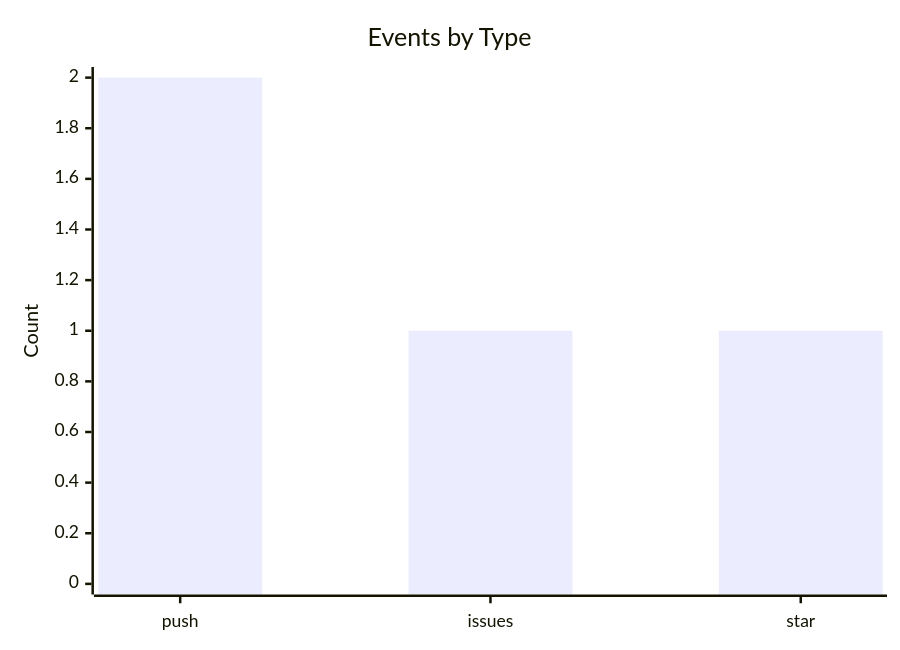
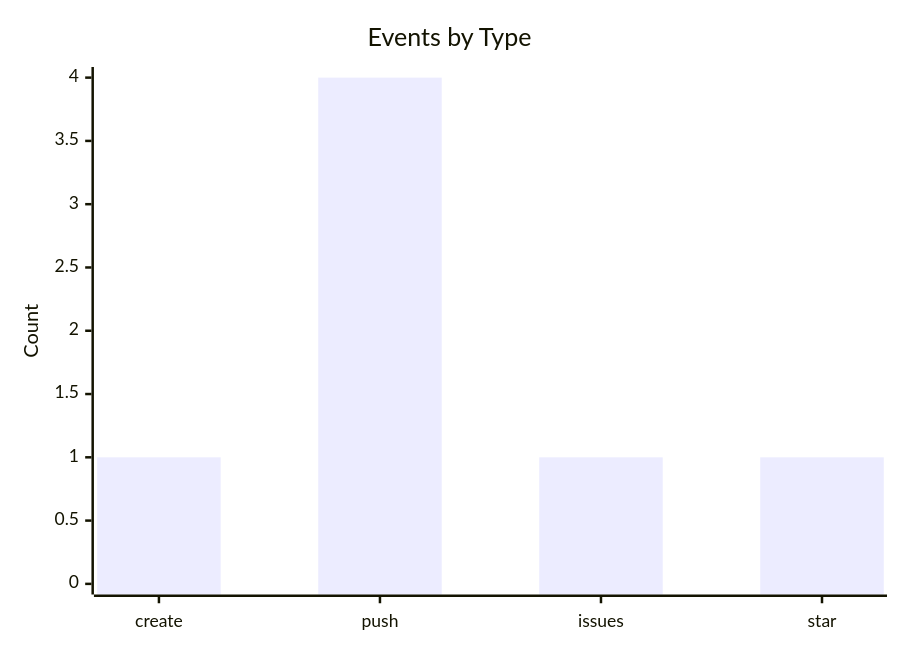
Before and after one commit to lunarshe11/lunarshe11: the third of 3 diagrams in README.md, drawn with Mermaid. The commit also changed other lines of this file, not shown here.

````diff
--- a/README.md
+++ b/README.md
@@ -37,7 +38,7 @@
 ```mermaid
 xychart-beta
     title "Events by Type"
-    x-axis ["push", "issues", "star"]
-    y-axis "Count" 0 --> 2
-    bar [2, 1, 1]
+    x-axis ["create", "push", "issues", "star"]
+    y-axis "Count" 0 --> 4
+    bar [1, 4, 1, 1]
 ```
````
